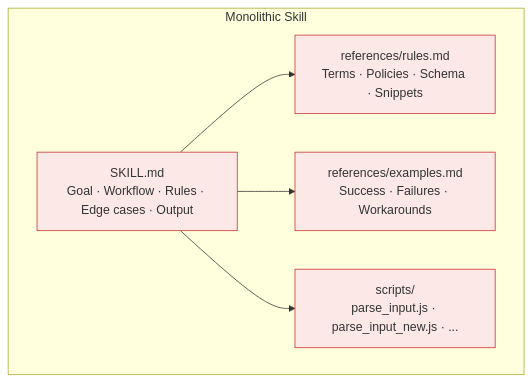
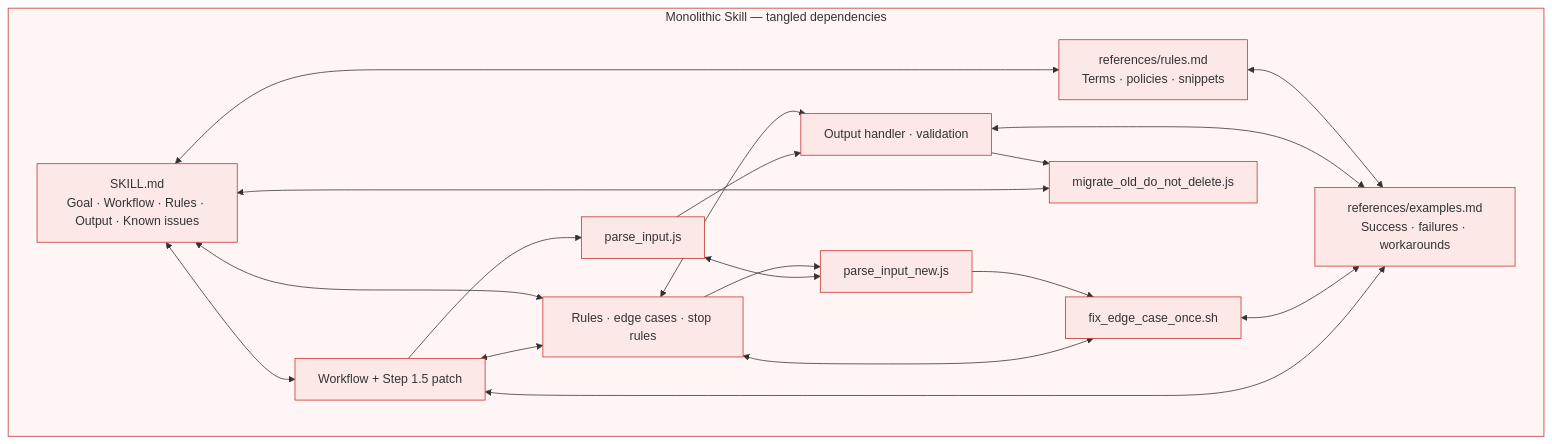
Before and after one commit to Shopee-Eng/functional-skill-creator: the first of 2 diagrams in README.md, drawn with Mermaid. The commit also changed other lines of this file and 1 other file, not shown here.

Commit message:
feat: add mermaid diagram

````diff
--- a/README.md
+++ b/README.md
@@ -48,18 +48,47 @@
 ```mermaid
 flowchart TB
-  subgraph mono["Monolithic Skill"]
-    SKILL["SKILL.md<br/>Goal · Workflow · Rules · Edge cases · Output"]
-    RULES["references/rules.md<br/>Terms · Policies · Schema · Snippets"]
-    EX["references/examples.md<br/>Success · Failures · Workarounds"]
-    SCR["scripts/<br/>parse_input.js · parse_input_new.js · ..."]
+  subgraph mono["Monolithic Skill — tangled dependencies"]
+    SKILL["SKILL.md<br/>Goal · Workflow · Rules · Output · Known issues"]
+    W["Workflow + Step 1.5 patch"]
+    RL["Rules · edge cases · stop rules"]
+    OUT["Output handler · validation"]
+
+    RULES["references/rules.md<br/>Terms · policies · snippets"]
+    EX["references/examples.md<br/>Success · failures · workarounds"]
+
+    S1["parse_input.js"]
+    S2["parse_input_new.js"]
+    S3["fix_edge_case_once.sh"]
+    S4["migrate_old_do_not_delete.js"]
   end
 
-  SKILL --> RULES
-  SKILL --> EX
-  SKILL --> SCR
+  SKILL <--> W
+  SKILL <--> RL
+  W <--> RL
+  RL <--> OUT
+  SKILL <--> RULES
+  RULES <--> EX
+  EX <--> W
+  OUT <--> EX
+  W --> S1
+  RL --> S2
+  S1 <--> S2
+  S2 --> S3
+  S3 <--> EX
+  OUT --> S4
+  S4 <--> SKILL
+  S3 <--> RL
+  S1 --> OUT
 
+  style mono fill:#fff5f5,stroke:#c53030
   style SKILL fill:#fde8e8,stroke:#c53030
+  style W fill:#fde8e8,stroke:#c53030
+  style RL fill:#fde8e8,stroke:#c53030
+  style OUT fill:#fde8e8,stroke:#c53030
   style RULES fill:#fde8e8,stroke:#c53030
   style EX fill:#fde8e8,stroke:#c53030
-  style SCR fill:#fde8e8,stroke:#c53030
+  style S1 fill:#fde8e8,stroke:#c53030
+  style S2 fill:#fde8e8,stroke:#c53030
+  style S3 fill:#fde8e8,stroke:#c53030
+  style S4 fill:#fde8e8,stroke:#c53030
 ```
````
